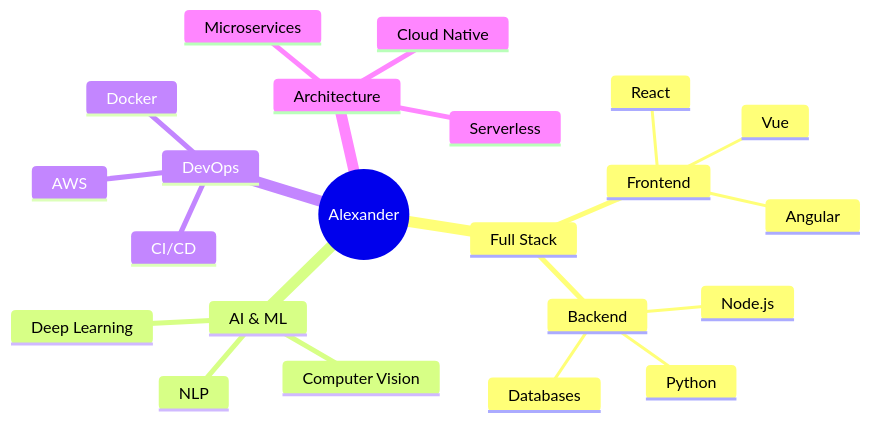
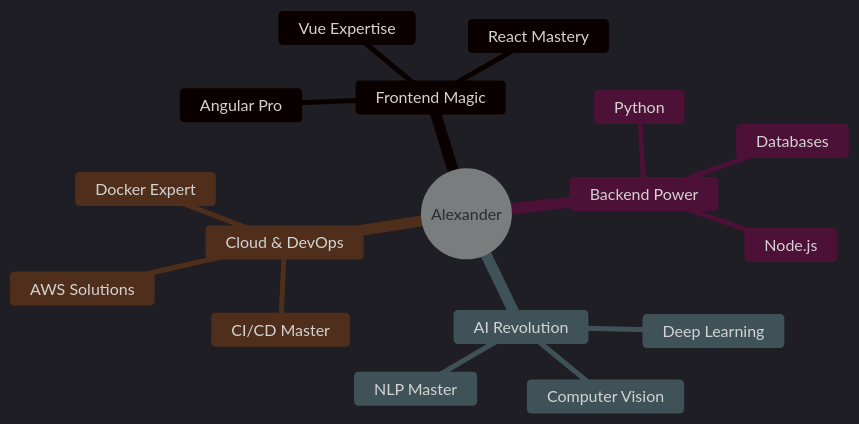
One commit to Alexander2301T/Alexander2301T changed the diagram in README.md. Above: the diagram before and after it, drawn with Mermaid. The commit also changed other lines of this file, not shown here.

````diff
--- a/README.md
+++ b/README.md
@@ -17,25 +37,21 @@
 ```mermaid
+%%{init: { 'theme': 'dark' } }%%
 mindmap
   root((Alexander))
-    Full Stack
-      Frontend
-        React
-        Vue
-        Angular
-      Backend
-        Node.js
-        Python
-        Databases
-    AI & ML
+    Frontend Magic
+      React Mastery
+      Vue Expertise
+      Angular Pro
+    Backend Power
+      Node.js
+      Python
+      Databases
+    AI Revolution
       Deep Learning
       Computer Vision
-      NLP
-    DevOps
-      AWS
-      Docker
-      CI/CD
-    Architecture
-      Microservices
-      Serverless
-      Cloud Native
+      NLP Master
+    Cloud & DevOps
+      AWS Solutions
+      Docker Expert
+      CI/CD Master
 ```
````
